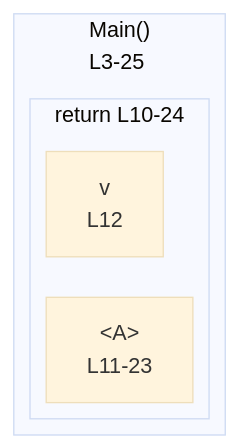
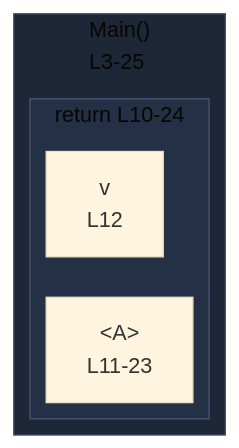
Before and after one commit to crescware/unsnarl: the diagram in integration/fixtures/jsx/nested-five/pruned-r10-12-a1/preview.md, drawn with Mermaid (base theme). The commit also changed 249 other files, not shown here.

First line of the commit message:
Color Mermaid subgraphs by nesting depth via theme palette

````diff
--- a/integration/fixtures/jsx/nested-five/pruned-r10-12-a1/preview.md
+++ b/integration/fixtures/jsx/nested-five/pruned-r10-12-a1/preview.md
@@ -41,13 +41,17 @@
 ```mermaid
 %%{init: {"flowchart": {"defaultRenderer": "elk"}}}%%
 flowchart RL
   %% pruning roots 10-12=2 ancestors=0 descendants=1
   subgraph s_scope_1["Main()<br/>L3-25"]
     direction RL
     subgraph s_return_scope_0_Main_54_151_331["return L10-24"]
       direction RL
       ret_use_ref_5["&lt;A&gt;<br/>L11-23"]
       ret_use_ref_6["v<br/>L12"]
     end
   end
+  classDef nestL1 fill:#1e2738,stroke:#3d4a63;
+  class s_scope_1 nestL1;
+  classDef nestL2 fill:#233045,stroke:#475670;
+  class s_return_scope_0_Main_54_151_331 nestL2;
 ```
````
